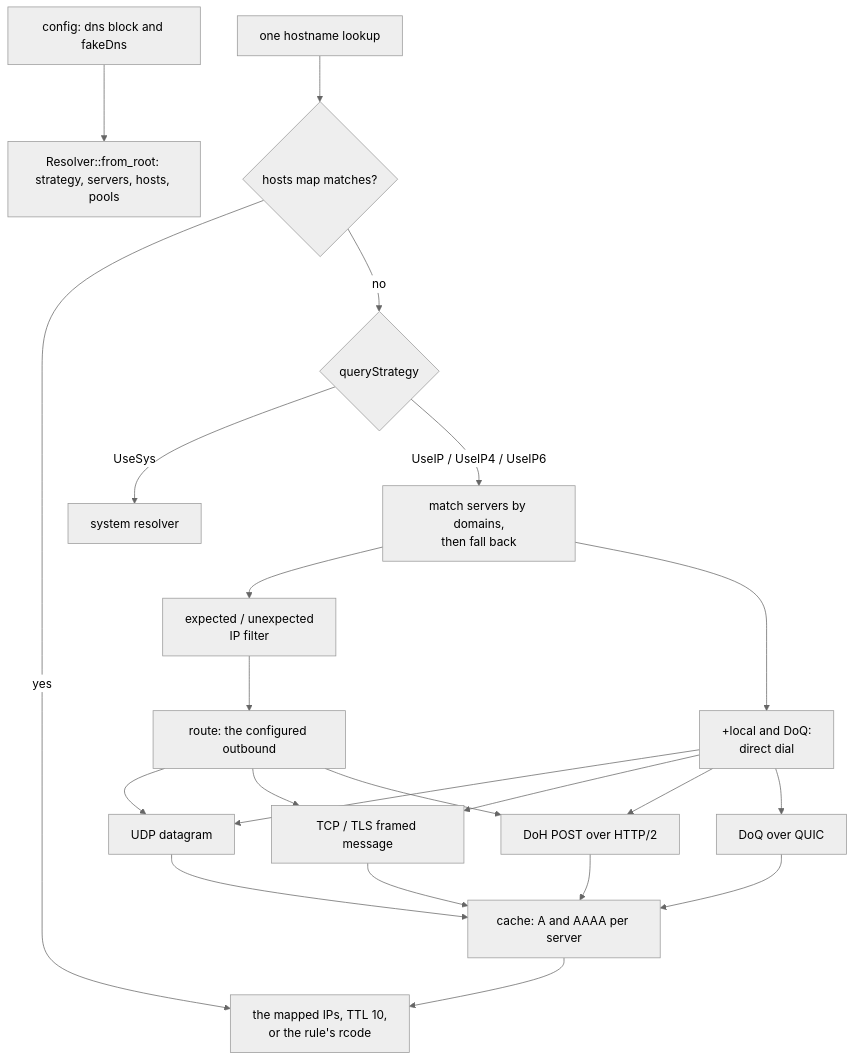
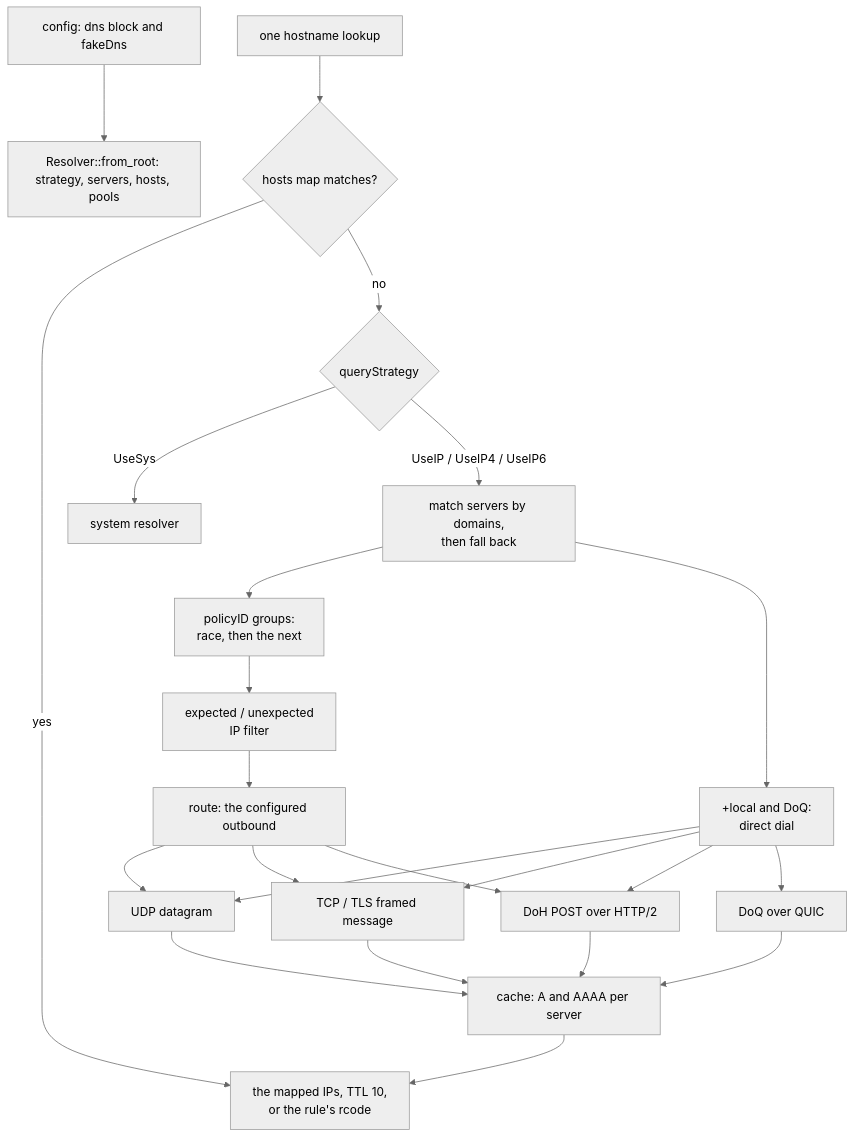
The diagram in docs/function/engine-dns.md (Ferrocite/ferrox), drawn with Mermaid (neutral theme) before and after one commit. The commit also changed other lines of this file and 7 other files, not shown here.

````diff
--- a/docs/function/engine-dns.md
+++ b/docs/function/engine-dns.md
@@ -18,24 +18,25 @@
 ```mermaid
 graph TD
     C["config: dns block and fakeDns"] --> P["Resolver::from_root: strategy, servers, hosts, pools"]
     L["one hostname lookup"] --> H{"hosts map matches?"}
     H -- yes --> A["the mapped IPs, TTL 10,<br/>or the rule's rcode"]
     H -- no --> S{"queryStrategy"}
     S -- UseSys --> Y["system resolver"]
     S -- UseIP / UseIP4 / UseIP6 --> M["match servers by domains,<br/>then fall back"]
-    M --> F["expected / unexpected<br/>IP filter"]
+    M --> G["policyID groups:<br/>race, then the next"]
+    G --> F["expected / unexpected<br/>IP filter"]
     F --> R["route: the configured outbound"]
     R --> U["UDP datagram"]
     R --> T["TCP / TLS framed message"]
     R --> D["DoH POST over HTTP/2"]
     M --> X["+local and DoQ:<br/>direct dial"]
     X --> U
     X --> T
     X --> D
     X --> Q["DoQ over QUIC"]
     U --> K["cache: A and AAAA per server"]
     T --> K
     D --> K
     Q --> K
     K --> A
 ```
````
